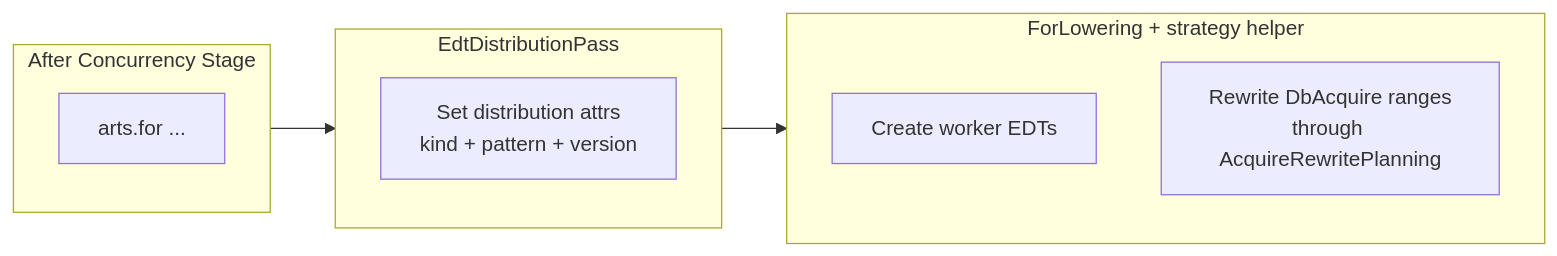
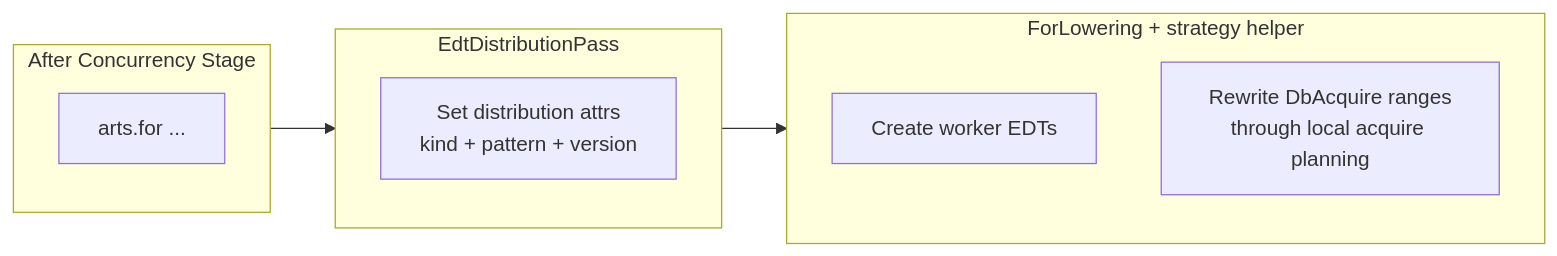
One commit to randreshg/carts changed the fourth of 7 diagrams in docs/agents.md. Above: the diagram before and after it, drawn with Mermaid. The commit also changed other lines of this file and 94 other files, not shown here.

````diff
--- a/docs/agents.md
+++ b/docs/agents.md
@@ -744,17 +744,17 @@
 ```mermaid
 flowchart LR
     subgraph Before["After Concurrency Stage"]
         FOR["arts.for ..."]
     end
 
     subgraph Dist["EdtDistributionPass"]
         PLAN["Set distribution attrs<br/>kind + pattern + version"]
     end
 
     subgraph Lower["ForLowering + strategy helper"]
         TASK["Create worker EDTs"]
-        ACQ["Rewrite DbAcquire ranges<br/>through AcquireRewritePlanning"]
+        ACQ["Rewrite DbAcquire ranges<br/>through local acquire planning"]
     end
 
     Before --> Dist --> Lower
 ```
````
